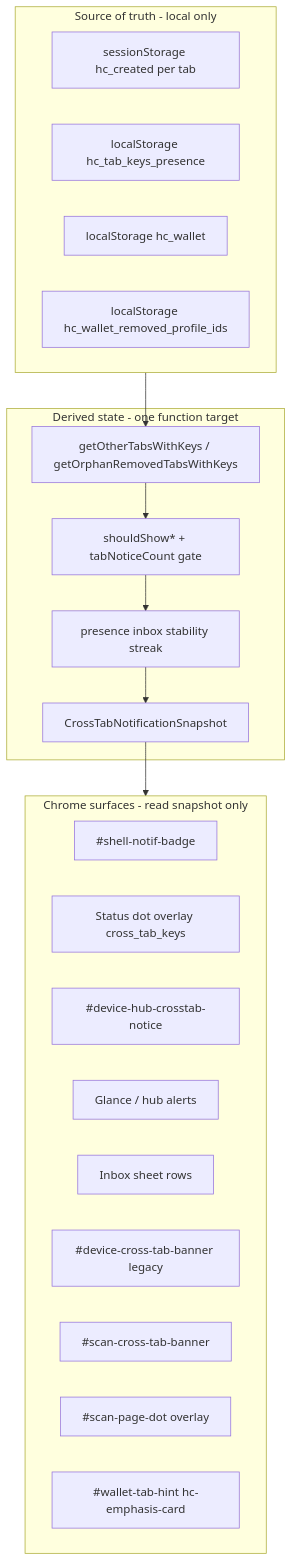
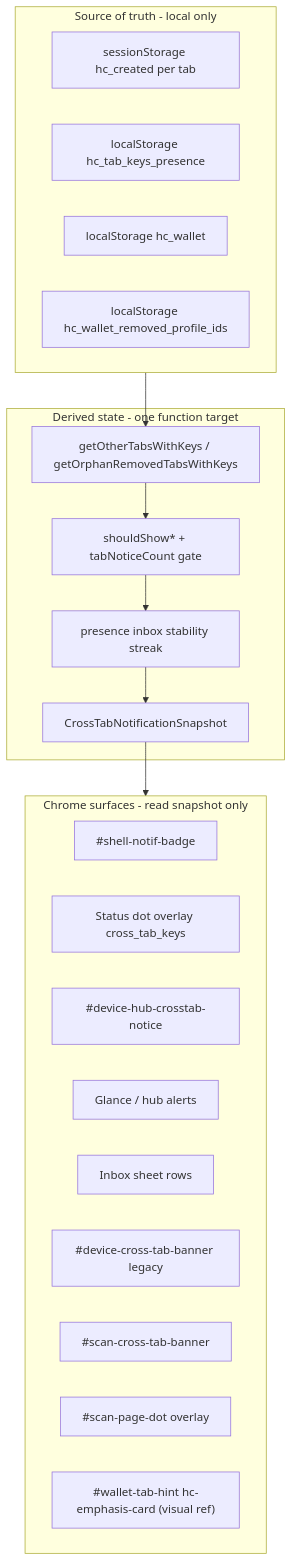
Before and after one commit to h6811127/humanity.llc: the diagram in docs/CROSS_TAB_KEYS_NOTIFICATION_SYSTEM.md, drawn with Mermaid. The commit also changed other lines of this file and 5 other files, not shown here.

First line of the commit message:
Document emphasis card visual alignment to keys notifications.

````diff
--- a/docs/CROSS_TAB_KEYS_NOTIFICATION_SYSTEM.md
+++ b/docs/CROSS_TAB_KEYS_NOTIFICATION_SYSTEM.md
@@ -24,31 +24,31 @@
 ```mermaid
 flowchart TB
   subgraph truth [Source of truth - local only]
     SS["sessionStorage hc_created per tab"]
     LS["localStorage hc_tab_keys_presence"]
     WALLET["localStorage hc_wallet"]
     DENY["localStorage hc_wallet_removed_profile_ids"]
   end
 
   subgraph derive [Derived state - one function target]
     RAW["getOtherTabsWithKeys / getOrphanRemovedTabsWithKeys"]
     GATE["shouldShow* + tabNoticeCount gate"]
     STAB["presence inbox stability streak"]
     SNAP["CrossTabNotificationSnapshot"]
   end
 
   subgraph chrome [Chrome surfaces - read snapshot only]
     BADGE["#shell-notif-badge"]
     DOT["Status dot overlay cross_tab_keys"]
     HUB["#device-hub-crosstab-notice"]
     GLANCE["Glance / hub alerts"]
     SHEET["Inbox sheet rows"]
     BANNER["#device-cross-tab-banner legacy"]
     SCAN["#scan-cross-tab-banner"]
     SCAN_DOT["#scan-page-dot overlay"]
-    WALLET_HINT["#wallet-tab-hint hc-emphasis-card"]
+    WALLET_HINT["#wallet-tab-hint hc-emphasis-card (visual ref)"]
   end
 
   truth --> RAW --> GATE --> STAB --> SNAP
   SNAP --> chrome
 ```
````
